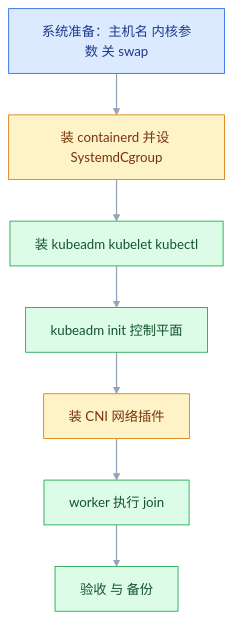
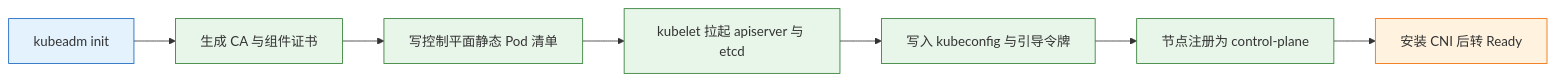
One commit to jimbosuper/studynotes changed the second of 4 diagrams in blog/src/notes/07-运维/03-容器与编排/04-Kubernetes集群搭建.md. Above: the diagram before and after it, drawn with Mermaid. The commit also changed other lines of this file and 367 other files, not shown here.

````diff
--- a/blog/src/notes/07-运维/03-容器与编排/04-Kubernetes集群搭建.md
+++ b/blog/src/notes/07-运维/03-容器与编排/04-Kubernetes集群搭建.md
@@ -19,17 +465,15 @@
 ```mermaid
-flowchart TD
-    classDef client fill:#DBEAFE,stroke:#2563EB,color:#1E3A8A
-    classDef service fill:#DCFCE7,stroke:#16A34A,color:#14532D
-    classDef data fill:#FEF3C7,stroke:#D97706,color:#78350F
-
-    S1["系统准备：主机名 内核参数 关 swap"]:::client
-    S2["装 containerd 并设 SystemdCgroup"]:::data
-    S3["装 kubeadm kubelet kubectl"]:::service
-    S4["kubeadm init 控制平面"]:::service
-    S5["装 CNI 网络插件"]:::data
-    S6["worker 执行 join"]:::service
-    S7["验收 与 备份"]:::service
-
-    S1 --> S2 --> S3 --> S4 --> S5 --> S6 --> S7
-    linkStyle default stroke:#94A3B8,stroke-width:1.5px
+flowchart LR
+    A["kubeadm init"] --> B["生成 CA 与组件证书"]
+    B --> C["写控制平面静态 Pod 清单"]
+    C --> D["kubelet 拉起 apiserver 与 etcd"]
+    D --> E["写入 kubeconfig 与引导令牌"]
+    E --> F["节点注册为 control-plane"]
+    F --> G["安装 CNI 后转 Ready"]
+    classDef client fill:#e3f2fd,stroke:#1565c0;
+    classDef engine fill:#e8f5e9,stroke:#2e7d32;
+    classDef image fill:#fff3e0,stroke:#ef6c00;
+    class A client
+    class B,C,D,E,F engine
+    class G image
 ```
````
